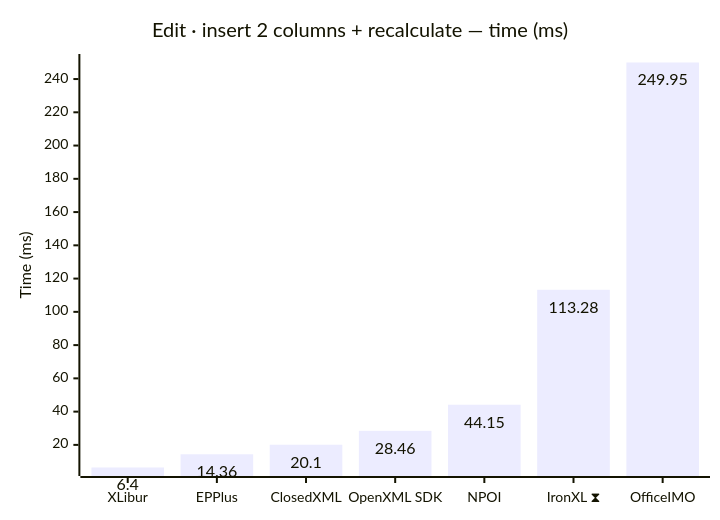
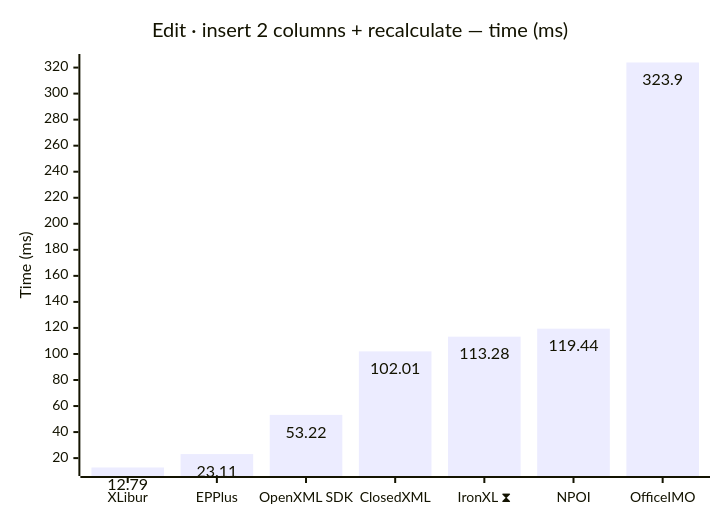
Diagram 13 of 18 in docs/results-ci.md (jafin/XLBench), drawn with Mermaid before and after one commit. The commit also changed other lines of this file, not shown here.

````diff
--- a/docs/results-ci.md
+++ b/docs/results-ci.md
@@ -199,12 +199,12 @@
 ```mermaid
 ---
 config:
   xyChart:
     showDataLabel: true
 ---
 xychart-beta
     title "Edit · insert 2 columns + recalculate — time (ms)"
-    x-axis ["XLibur", "EPPlus", "ClosedXML", "OpenXML SDK", "NPOI", "IronXL ⧗", "OfficeIMO"]
+    x-axis ["XLibur", "EPPlus", "OpenXML SDK", "ClosedXML", "IronXL ⧗", "NPOI", "OfficeIMO"]
     y-axis "Time (ms)"
-    bar [6.4, 14.36, 20.1, 28.46, 44.15, 113.28, 249.95]
+    bar [12.79, 23.11, 53.22, 102.01, 113.28, 119.44, 323.9]
 ```
````
